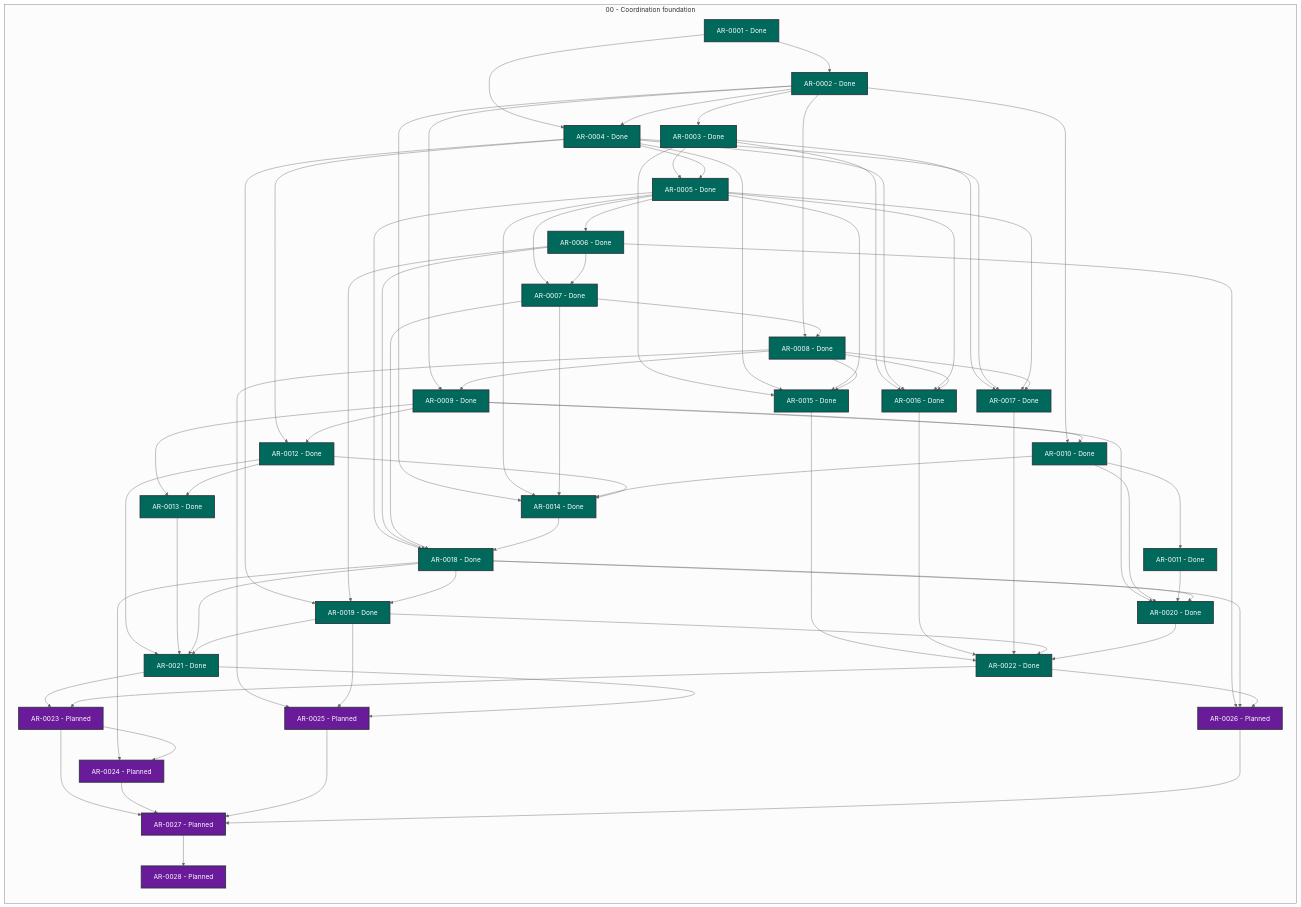
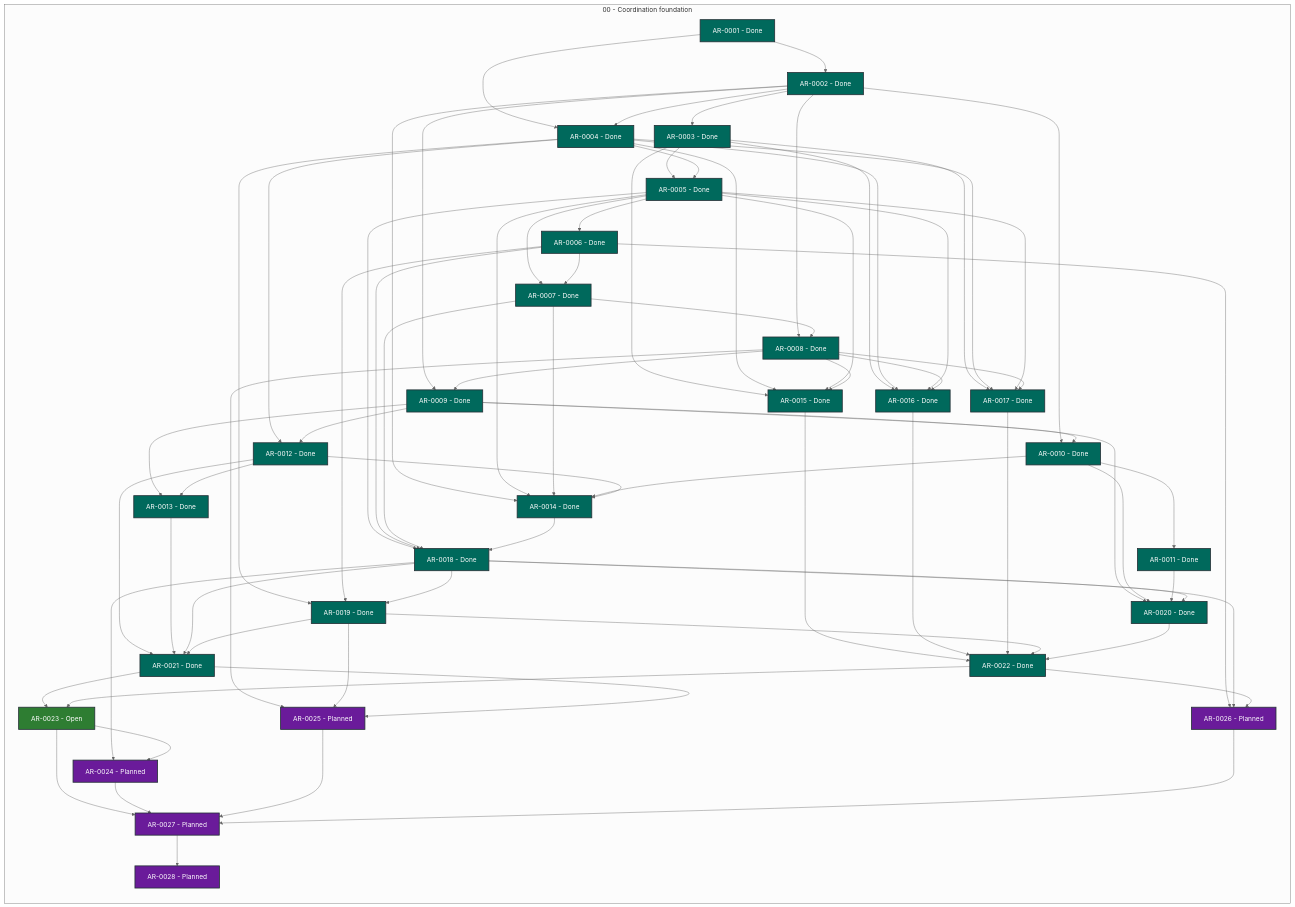
The diagram in STATUS.md (martin-beck/agent-workflow-runtime-state), drawn with Mermaid (neutral theme) before and after one commit. The commit also changed other lines of this file and 2 other files, not shown here.

```diff
--- a/STATUS.md
+++ b/STATUS.md
@@ -50,7 +50,7 @@
         AR_0020["AR-0020 - Done"]:::status_done
         AR_0021["AR-0021 - Done"]:::status_done
         AR_0022["AR-0022 - Done"]:::status_done
-        AR_0023["AR-0023 - Planned"]:::status_planned
+        AR_0023["AR-0023 - Open"]:::status_open
         AR_0024["AR-0024 - Planned"]:::status_planned
         AR_0025["AR-0025 - Planned"]:::status_planned
         AR_0026["AR-0026 - Planned"]:::status_planned
```
